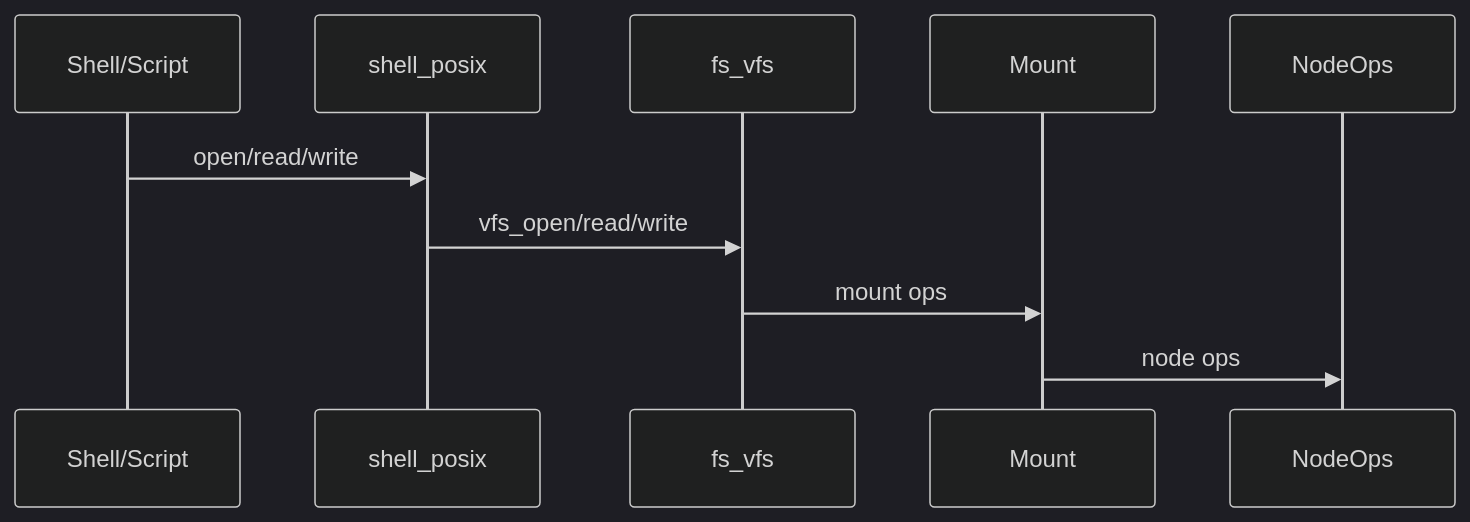
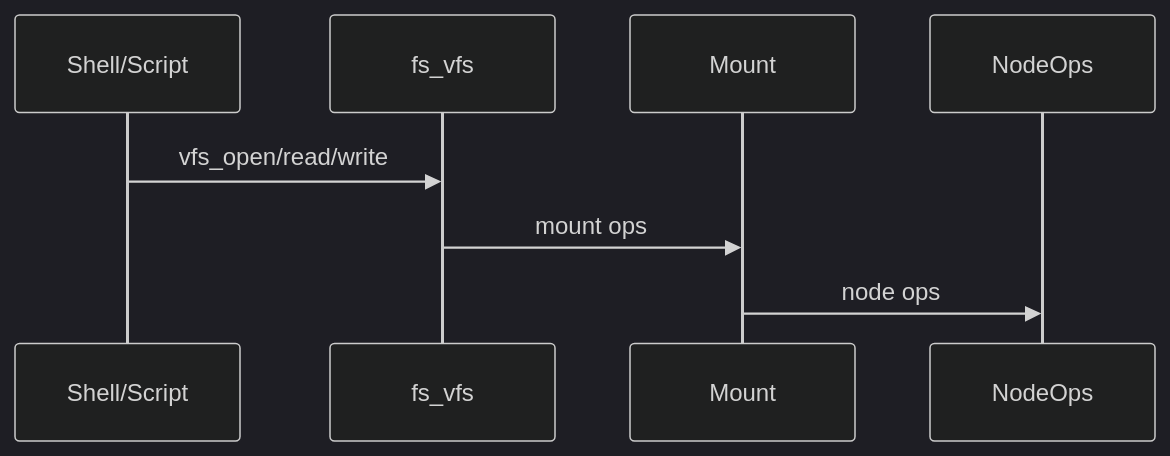
The second of 8 diagrams in docs/architecture_overview.md (Little-Red-Cap/Charm-os), drawn with Mermaid (dark theme) before and after one commit. The commit also changed other lines of this file and 7 other files, not shown here.

````diff
--- a/docs/architecture_overview.md
+++ b/docs/architecture_overview.md
@@ -330,12 +324,10 @@
 ```mermaid
 sequenceDiagram
     participant U as Shell/Script
-    participant PX as shell_posix
     participant V as fs_vfs
     participant MT as Mount
     participant NO as NodeOps
-    U->>PX: open/read/write
-    PX->>V: vfs_open/read/write
+    U->>V: vfs_open/read/write
     V->>MT: mount ops
     MT->>NO: node ops
 ```
````
